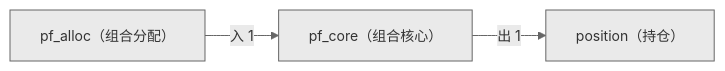
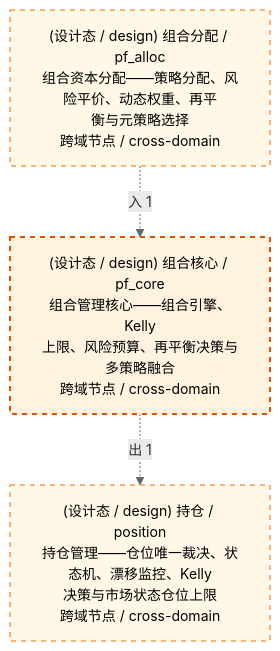
The third of 3 diagrams in docs/02_enterprise_architecture/06_decision_architecture/17_decision_l3_pf_core.md (xuanFelixVan/ZephyrAlpha), drawn with Mermaid before and after one commit. The commit also changed other lines of this file and 23 other files, not shown here.

First line of the commit message:
feat(decisiongraph): 决策流图生成器模板 V1.2 全面升级——严格三视图+四要素标签+classDef四色+HTML联动

````diff
--- a/docs/02_enterprise_architecture/06_decision_architecture/17_decision_l3_pf_core.md
+++ b/docs/02_enterprise_architecture/06_decision_architecture/17_decision_l3_pf_core.md
@@ -88,9 +194,15 @@
 ```mermaid
-%%{init: {'theme': 'base', 'themeVariables': {'primaryColor': '#eaeaea', 'primaryTextColor': '#333333', 'primaryBorderColor': '#666666', 'lineColor': '#666666', 'secondaryColor': '#eaeaea', 'tertiaryColor': '#eaeaea', 'fontSize': '14px'}}}%%
-flowchart LR
-    SELF["pf_core（组合核心）"]
-    EXT_position["position（持仓）"]
-    SELF -->|出 1| EXT_position
-    EXT_pf_alloc["pf_alloc（组合分配）"]
-    EXT_pf_alloc -->|入 1| SELF
+%%{init: {'theme': 'base', 'themeVariables': {'primaryColor': '#eaeaea', 'primaryTextColor': '#333333', 'primaryBorderColor': '#666666', 'lineColor': '#666666', 'secondaryColor': '#eaeaea', 'tertiaryColor': '#eaeaea', 'clusterBkg': 'transparent', 'clusterBorder': 'transparent', 'fontSize': '14px'}}}%%
+flowchart TD
+    SELF["(设计态 / design) 组合核心 / pf_core<br/>组合管理核心——组合引擎、Kelly<br/>上限、风险预算、再平衡决策与多策略融合<br/>跨域节点 / cross-domain"]
+    EXT_position["(设计态 / design) 持仓 / position<br/>持仓管理——仓位唯一裁决、状态机、漂移监控、Kelly<br/>决策与市场状态仓位上限<br/>跨域节点 / cross-domain"]
+    SELF -.->|出 1| EXT_position
+    EXT_pf_alloc["(设计态 / design) 组合分配 / pf_alloc<br/>组合资本分配——策略分配、风险平价、动态权重、再平<br/>衡与元策略选择<br/>跨域节点 / cross-domain"]
+    EXT_pf_alloc -.->|入 1| SELF
+    classDef production fill:#e1f5fe,stroke:#01579b,stroke-width:2px,color:#000
+    classDef design fill:#fff3e0,stroke:#e65100,stroke-width:2px,color:#000,stroke-dasharray: 5 5
+    classDef external_prod fill:#e8f4fd,stroke:#0277bd,stroke-width:1px,color:#000
+    classDef external_design fill:#fff8e7,stroke:#ef6c00,stroke-width:1px,color:#000,stroke-dasharray: 5 5
+    class SELF design
+    class EXT_position,EXT_pf_alloc external_design
 ```
````
